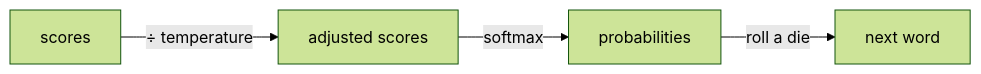
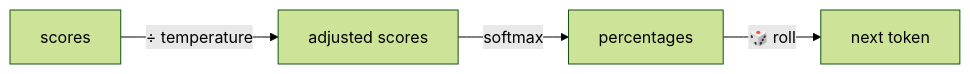
One commit to Ranjeet0611/tinygpt changed the fifth of 12 diagrams in docs/07-generating-text.md. Above: the diagram before and after it, drawn with Mermaid (forest theme). The commit also changed other lines of this file and 9 other files, not shown here.

````diff
--- a/docs/07-generating-text.md
+++ b/docs/07-generating-text.md
@@ -49,4 +90,4 @@
 ```mermaid
 flowchart LR
-    S["scores"] -->|"÷ temperature"| D["adjusted scores"] -->|"softmax"| P["probabilities"] -->|"roll a die"| W["next word"]
+    S["scores"] -->|"÷ temperature"| D["adjusted scores"] -->|"softmax"| P["percentages"] -->|"🎲 roll"| W["next token"]
 ```
````
